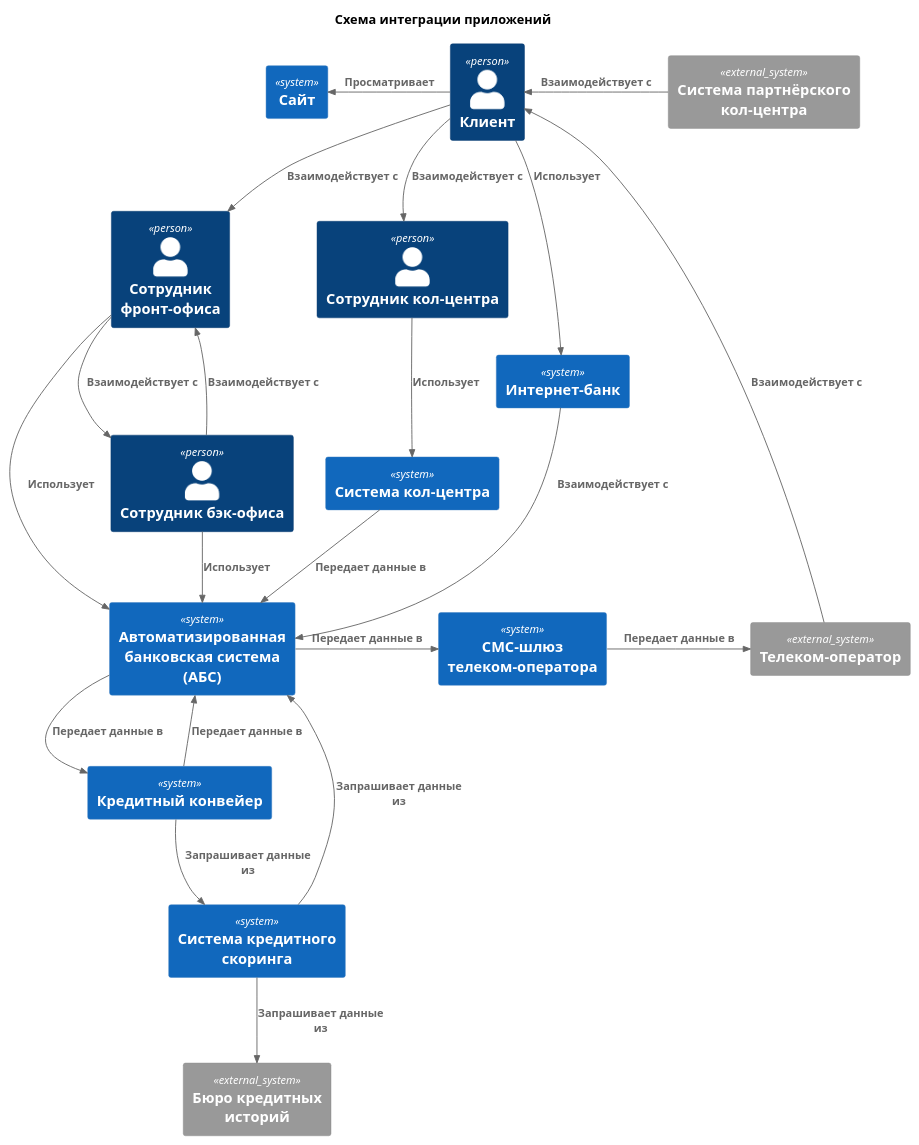
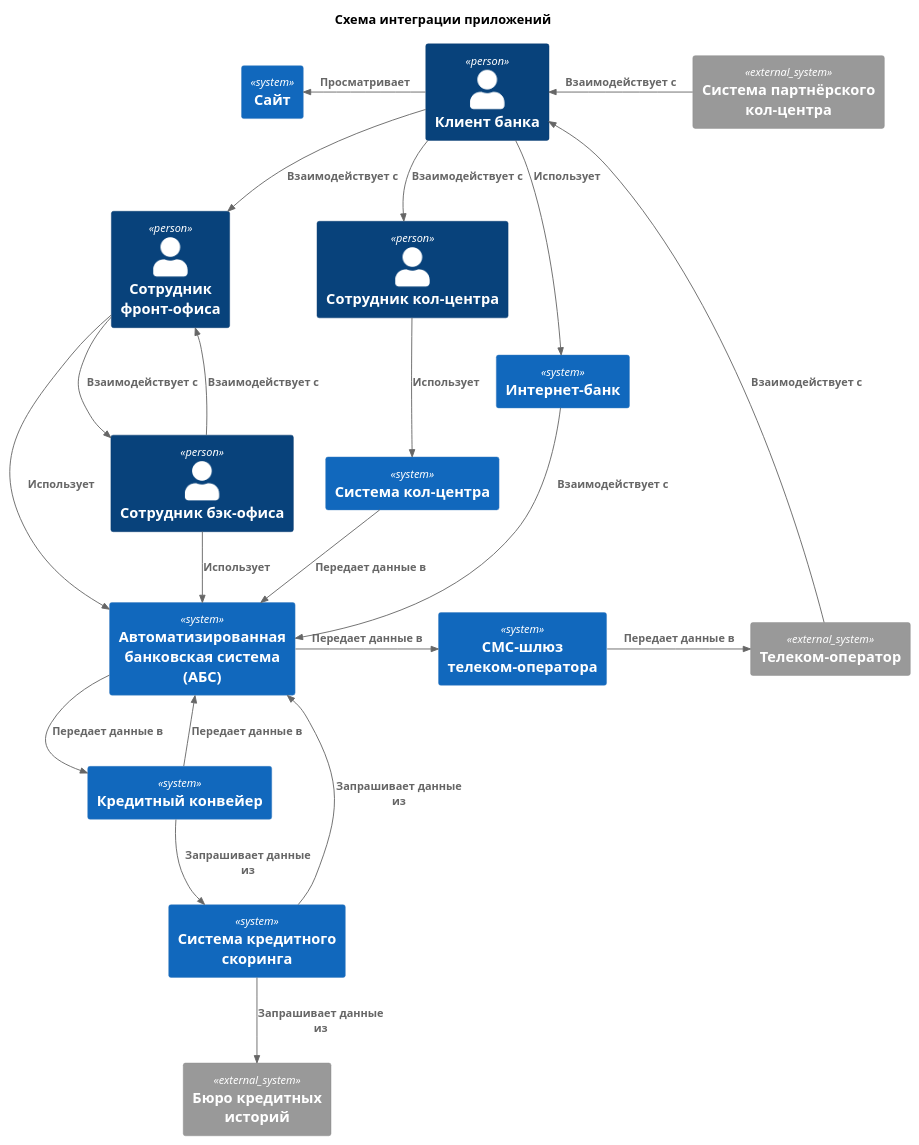
The diagram in Task1/IntegrationSchema.puml (vsevolod-nikitin/yandex-practicum-architecture-pro-standart), drawn with PlantUML before and after one commit.

Commit message:
Обновление диаграммы задания 1

```diff
--- a/Task1/IntegrationSchema.puml
+++ b/Task1/IntegrationSchema.puml
@@ -1,56 +1,56 @@
 @startuml IntegrationSchema
 !include https://raw.githubusercontent.com/plantuml-stdlib/C4-PlantUML/master/C4_Context.puml
 
 title Схема интеграции приложений
 
-Person(client, "Клиент")
+Person(client, "Клиент банка")
 Person(frontEmployee, "Сотрудник фронт-офиса")
 Person(backEmployee, "Сотрудник бэк-офиса")
 Person(callerEmployee, "Сотрудник кол-центра")
 
 System(internetBank, "Интернет-банк")
 System(abs, "Автоматизированная банковская система (АБС)")
 System(callSystem, "Система кол-центра")
 System(smsGateway, "СМС-шлюз телеком-оператора")
 System(website, "Сайт")
 System(creditConveyor, "Кредитный конвейер")
 System(scoringSystem, "Система кредитного скоринга")
 
 System_Ext(partnerCallSystem, "Система партнёрского кол-центра")
 System_Ext(telecomOperator, "Телеком-оператор")
 System_Ext(creditBureau, "Бюро кредитных историй")
 
 Rel(client, frontEmployee, "Взаимодействует с")
 Rel(client, callerEmployee, "Взаимодействует с")
 Rel_L(client, website, "Просматривает")
 Rel(client, internetBank, "Использует")
 
 Rel(frontEmployee, abs, "Использует")
 Rel(frontEmployee, backEmployee, "Взаимодействует с")
 
 Rel(callerEmployee, callSystem, "Использует")
 
 Rel(callSystem, abs, "Передает данные в")
 
 Rel(backEmployee, abs, "Использует")
 Rel(backEmployee, frontEmployee, "Взаимодействует с")
 
 Rel(abs, creditConveyor, "Передает данные в")
 Rel_R(abs, smsGateway, "Передает данные в")
 
 Rel(creditConveyor, abs, "Передает данные в")
 Rel(creditConveyor, scoringSystem, "Запрашивает данные из")
 
 Rel(scoringSystem, creditBureau, "Запрашивает данные из")
 Rel(scoringSystem, abs, "Запрашивает данные из")
 
 Rel_R(smsGateway, telecomOperator, "Передает данные в")
 Rel(telecomOperator, client, "Взаимодействует с")
 
 Rel(internetBank, abs, "Взаимодействует с")
 
 Rel_L(partnerCallSystem, client, "Взаимодействует с")
 
 LAYOUT_TOP_DOWN()
 
 @enduml
```
